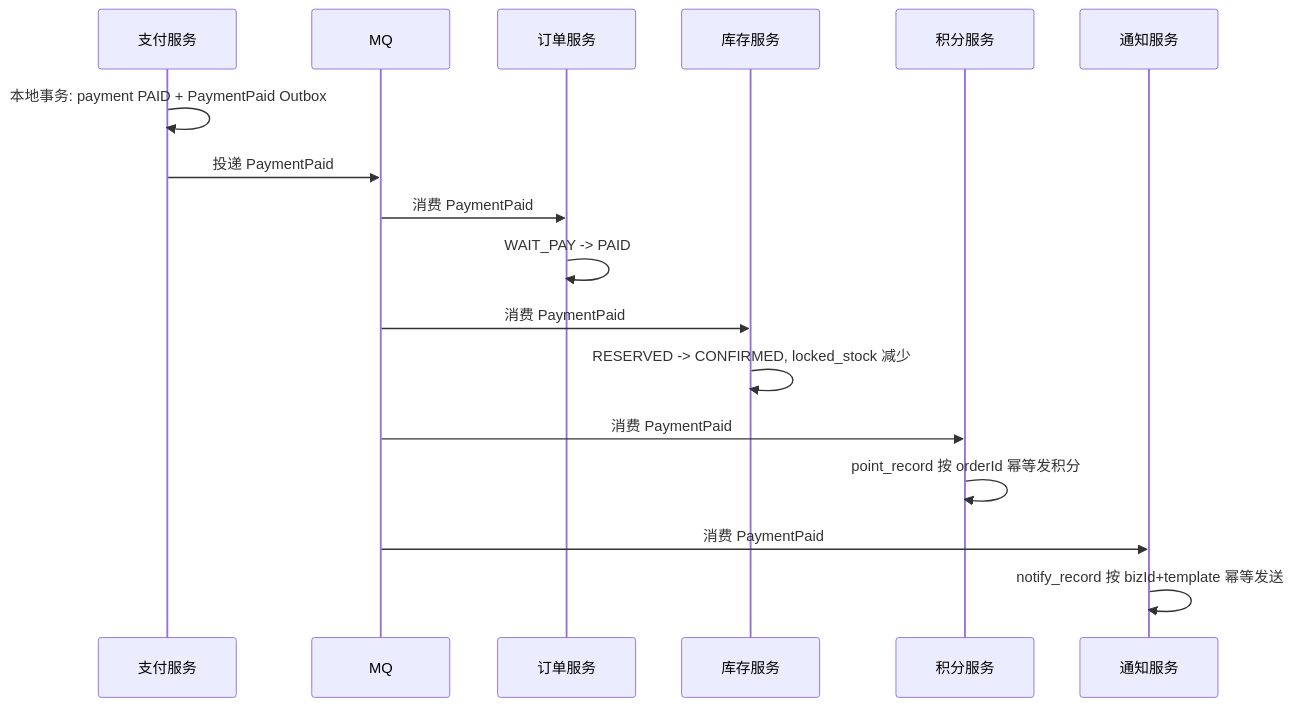
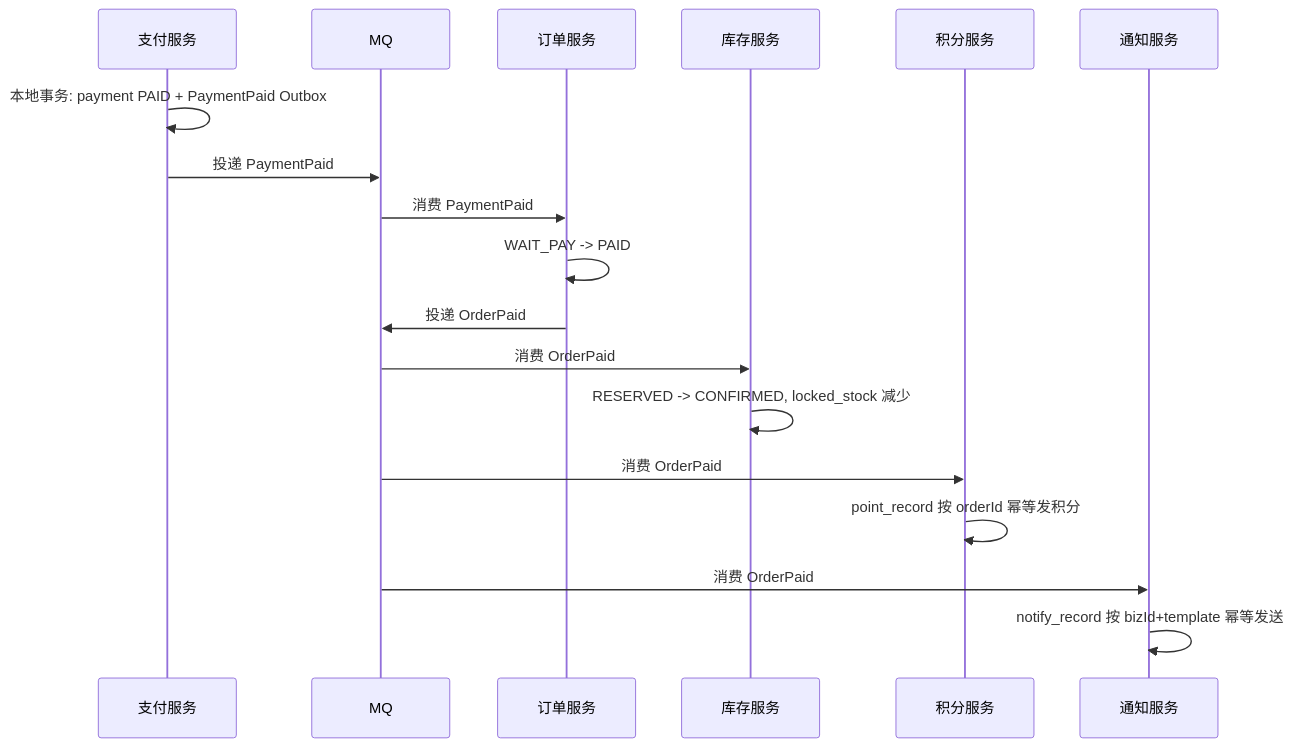
The seventh of 20 diagrams in docs/ORDER_FINAL_CONSISTENCY_DESIGN.md (yinshihaogithub/framework-boot-starter), drawn with Mermaid before and after one commit. The commit also changed other lines of this file, not shown here.

````diff
--- a/docs/ORDER_FINAL_CONSISTENCY_DESIGN.md
+++ b/docs/ORDER_FINAL_CONSISTENCY_DESIGN.md
@@ -442,20 +624,21 @@
 ```mermaid
 sequenceDiagram
   participant Pay as 支付服务
   participant MQ as MQ
   participant Order as 订单服务
   participant Inventory as 库存服务
   participant Point as 积分服务
   participant Notify as 通知服务
 
   Pay->>Pay: 本地事务: payment PAID + PaymentPaid Outbox
   Pay->>MQ: 投递 PaymentPaid
   MQ->>Order: 消费 PaymentPaid
   Order->>Order: WAIT_PAY -> PAID
-  MQ->>Inventory: 消费 PaymentPaid
+  Order->>MQ: 投递 OrderPaid
+  MQ->>Inventory: 消费 OrderPaid
   Inventory->>Inventory: RESERVED -> CONFIRMED, locked_stock 减少
-  MQ->>Point: 消费 PaymentPaid
+  MQ->>Point: 消费 OrderPaid
   Point->>Point: point_record 按 orderId 幂等发积分
-  MQ->>Notify: 消费 PaymentPaid
+  MQ->>Notify: 消费 OrderPaid
   Notify->>Notify: notify_record 按 bizId+template 幂等发送
 ```
````
